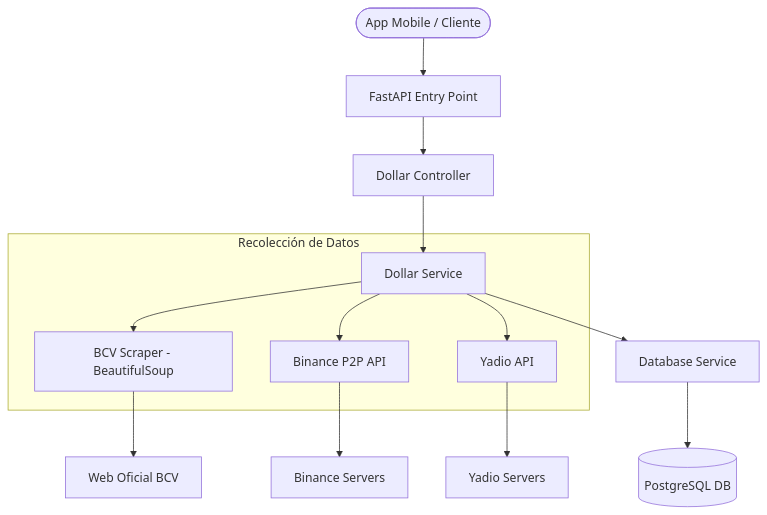
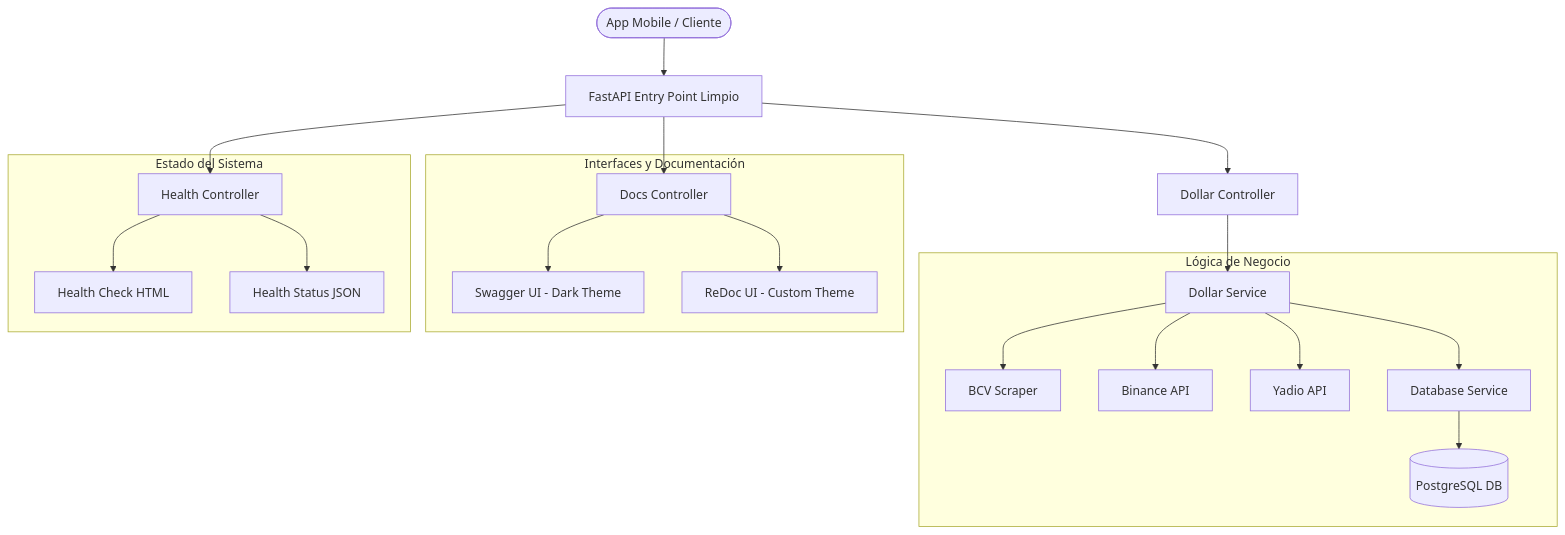
The diagram in README.md (Teixeira49/bcv_tracker_backend), drawn with Mermaid before and after one commit. The commit also changed other lines of this file and 1 other file, not shown here.

````diff
--- a/README.md
+++ b/README.md
@@ -32,19 +34,28 @@
 ```mermaid
 graph TD
-    User([App Mobile / Cliente]) --> API[FastAPI Entry Point]
-    API --> Controller[Dollar Controller]
-    Controller --> Service[Dollar Service]
+    User(["App Mobile / Cliente"]) --> API["FastAPI Entry Point Limpio"]
     
-    subgraph Data_Retrieval [Recolección de Datos]
-        Service --> Scraper[BCV Scraper - BeautifulSoup]
-        Service --> BinanceAPI[Binance P2P API]
-        Service --> YadioAPI[Yadio API]
+    API --> DollarController["Dollar Controller"]
+    API --> DocsController["Docs Controller"]
+    API --> HealthController["Health Controller"]
+    
+    DollarController --> DollarService["Dollar Service"]
+    
+    subgraph Core_Business ["Lógica de Negocio"]
+        DollarService --> Scraper["BCV Scraper"]
+        DollarService --> BinanceAPI["Binance API"]
+        DollarService --> YadioAPI["Yadio API"]
+        DollarService --> DB_Service["Database Service"]
+        DB_Service --> Postgres[("PostgreSQL DB")]
     end
     
-    Service --> DB_Service[Database Service]
-    DB_Service --> Postgres[(PostgreSQL DB)]
+    subgraph UI_Docs ["Interfaces y Documentación"]
+        DocsController --> SwaggerUI["Swagger UI - Dark Theme"]
+        DocsController --> ReDocUI["ReDoc UI - Custom Theme"]
+    end
     
-    Scraper --> WebBCV[Web Oficial BCV]
-    BinanceAPI --> ExtBinance[Binance Servers]
-    YadioAPI --> ExtYadio[Yadio Servers]
+    subgraph Monitoreo ["Estado del Sistema"]
+        HealthController --> HealthUI["Health Check HTML"]
+        HealthController --> HealthJSON["Health Status JSON"]
+    end
 ```
````
